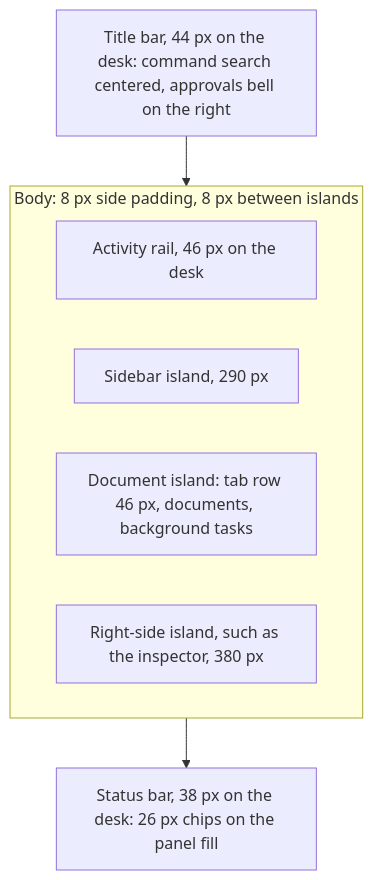
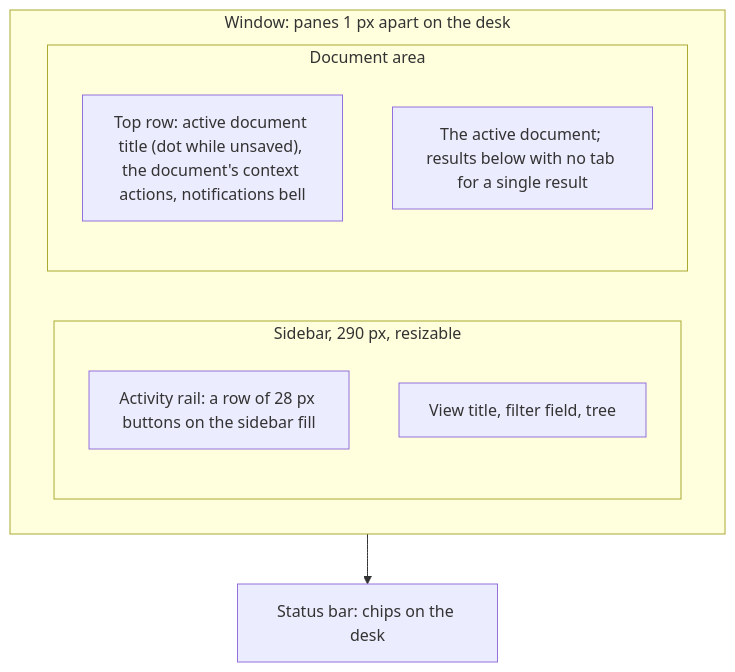
Before and after one commit to warfl0p/dbflux: the diagram in DESIGN.md, drawn with Mermaid. The commit also changed other lines of this file and 1 other file, not shown here.

````diff
--- a/DESIGN.md
+++ b/DESIGN.md
@@ -408,13 +185,16 @@
 ```mermaid
 flowchart TB
-    title["Title bar, 44 px on the desk: command search centered, approvals bell on the right"]
-    subgraph body["Body: 8 px side padding, 8 px between islands"]
+    subgraph body["Window: panes 1 px apart on the desk"]
         direction LR
-        rail["Activity rail, 46 px on the desk"]
-        sidebar["Sidebar island, 290 px"]
-        document["Document island: tab row 46 px, documents, background tasks"]
-        side["Right-side island, such as the inspector, 380 px"]
+        subgraph sidebar["Sidebar, 290 px, resizable"]
+            rail["Activity rail: a row of 28 px buttons on the sidebar fill"]
+            tree["View title, filter field, tree"]
+        end
+        subgraph document["Document area"]
+            top["Top row: active document title (dot while unsaved), the document's context actions, notifications bell"]
+            doc["The active document; results below with no tab for a single result"]
+        end
     end
-    status["Status bar, 38 px on the desk: 26 px chips on the panel fill"]
-    title --> body --> status
+    status["Status bar: chips on the desk"]
+    body --> status
 ```
````
